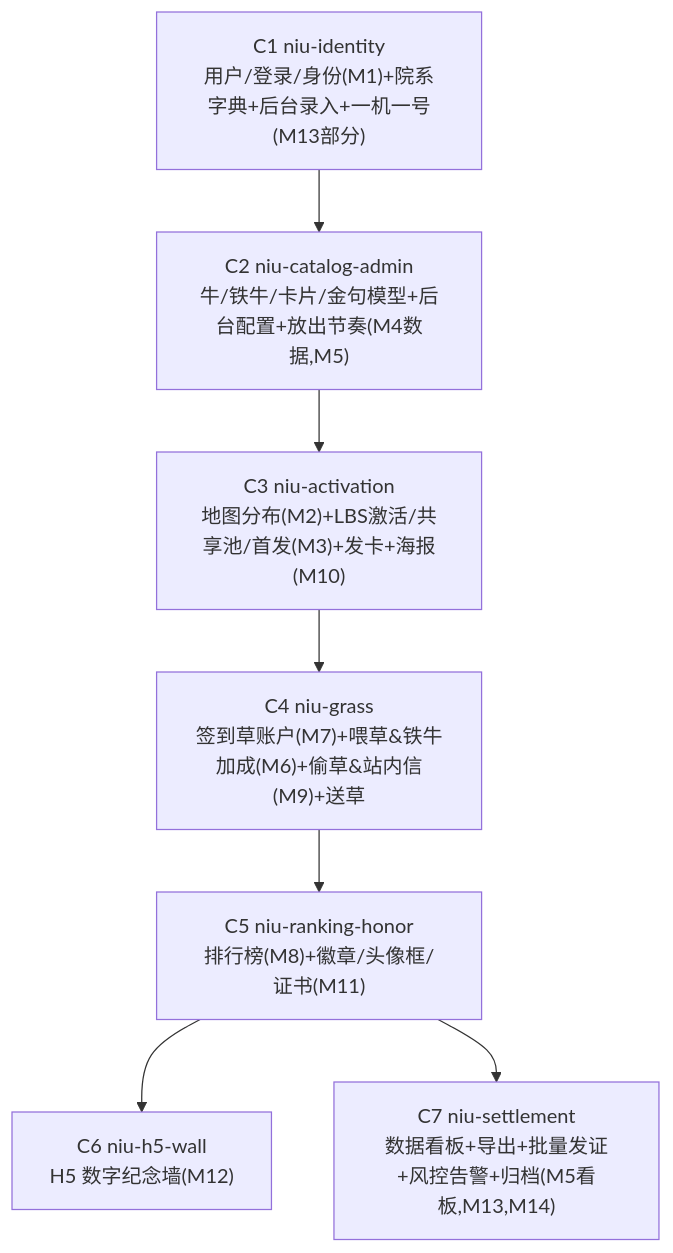
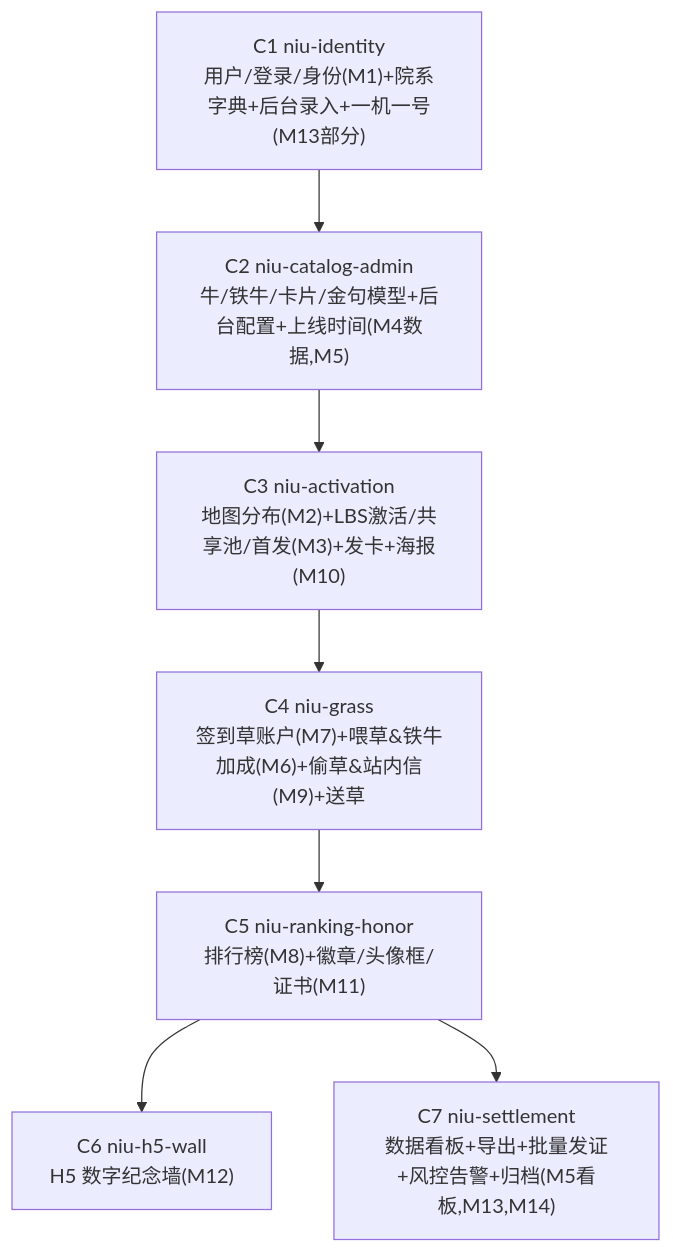
The third of 3 diagrams in sicau-niu/design.md (wangle201210/official-plugins), drawn with Mermaid before and after one commit. The commit also changed other lines of this file and 31 other files, not shown here.

````diff
--- a/sicau-niu/design.md
+++ b/sicau-niu/design.md
@@ -139,14 +139,14 @@
 ```mermaid
 flowchart TD
   C1["C1 niu-identity<br/>用户/登录/身份(M1)+院系字典+后台录入+一机一号(M13部分)"]
-  C2["C2 niu-catalog-admin<br/>牛/铁牛/卡片/金句模型+后台配置+放出节奏(M4数据,M5)"]
+  C2["C2 niu-catalog-admin<br/>牛/铁牛/卡片/金句模型+后台配置+上线时间(M4数据,M5)"]
   C3["C3 niu-activation<br/>地图分布(M2)+LBS激活/共享池/首发(M3)+发卡+海报(M10)"]
   C4["C4 niu-grass<br/>签到草账户(M7)+喂草&铁牛加成(M6)+偷草&站内信(M9)+送草"]
   C5["C5 niu-ranking-honor<br/>排行榜(M8)+徽章/头像框/证书(M11)"]
   C6["C6 niu-h5-wall<br/>H5 数字纪念墙(M12)"]
   C7["C7 niu-settlement<br/>数据看板+导出+批量发证+风控告警+归档(M5看板,M13,M14)"]
 
   C1 --> C2 --> C3 --> C4 --> C5
   C5 --> C6
   C5 --> C7
 ```
````
